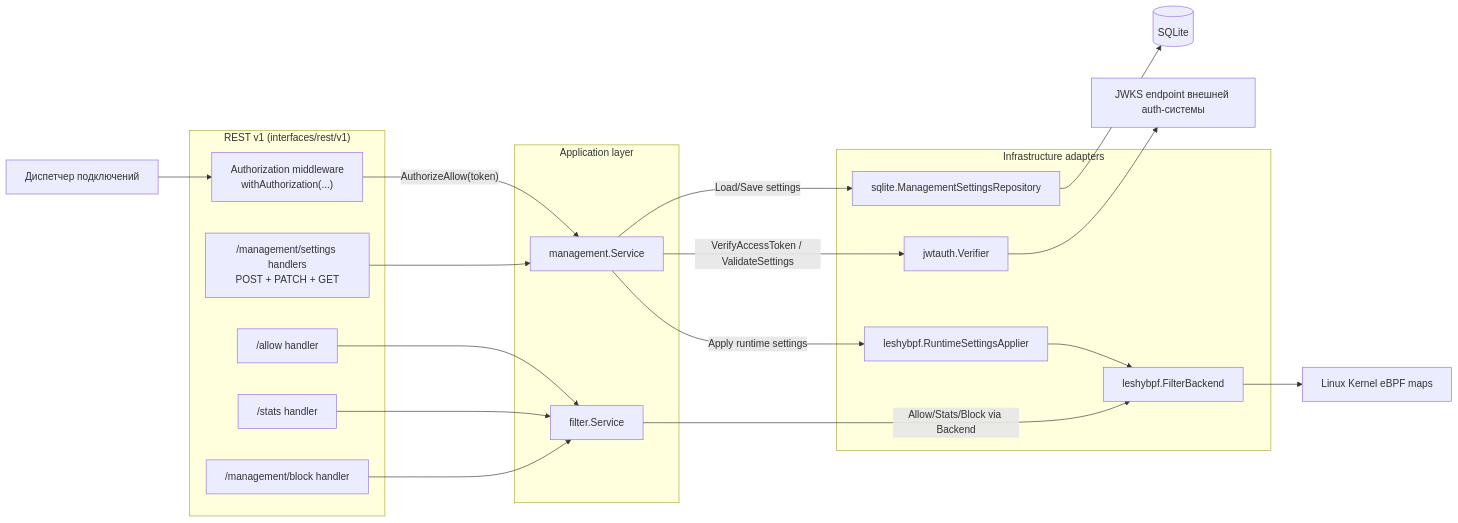
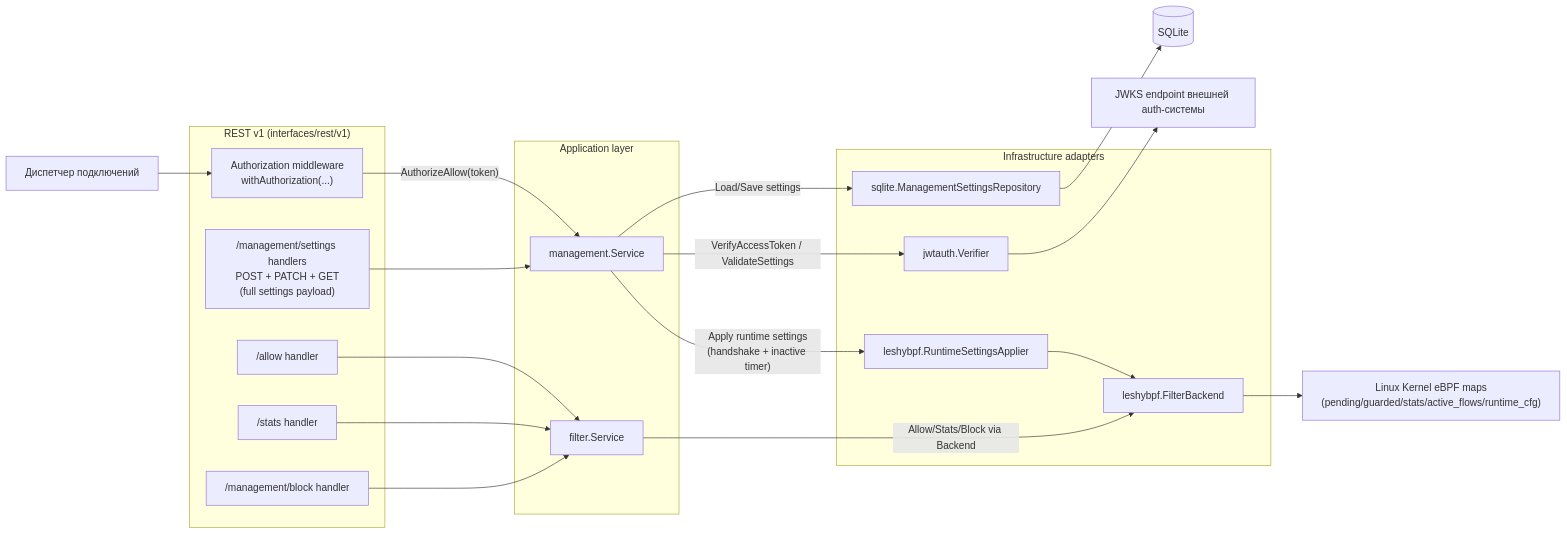
One commit to devalv/leshy-controller changed the third of 3 diagrams in docs/c4.md. Above: the diagram before and after it, drawn with Mermaid. The commit also changed other lines of this file and 30 other files, not shown here.

````diff
--- a/docs/c4.md
+++ b/docs/c4.md
@@ -61,43 +61,43 @@
 ```mermaid
 flowchart LR
     ext["Диспетчер подключений"]
     sqlite[("SQLite")]
     jwks["JWKS endpoint внешней auth-системы"]
-    kernel["Linux Kernel eBPF maps"]
+    kernel["Linux Kernel eBPF maps\n(pending/guarded/stats/active_flows/runtime_cfg)"]
 
     subgraph rest["REST v1 (interfaces/rest/v1)"]
         mw["Authorization middleware\nwithAuthorization(...)"]
-        hsettings["/management/settings handlers\nPOST + PATCH + GET"]
+        hsettings["/management/settings handlers\nPOST + PATCH + GET\n(full settings payload)"]
         hallow["/allow handler"]
         hstats["/stats handler"]
         hblock["/management/block handler"]
     end
 
     subgraph app["Application layer"]
         mgmt["management.Service"]
         filt["filter.Service"]
     end
 
     subgraph infra["Infrastructure adapters"]
         repo["sqlite.ManagementSettingsRepository"]
         verifier["jwtauth.Verifier"]
         applier["leshybpf.RuntimeSettingsApplier"]
         backend["leshybpf.FilterBackend"]
     end
 
     ext --> mw
     mw -->|"AuthorizeAllow(token)"| mgmt
     hsettings --> mgmt
     hallow --> filt
     hstats --> filt
     hblock --> filt
 
     mgmt -->|"Load/Save settings"| repo
     repo --> sqlite
     mgmt -->|"VerifyAccessToken / ValidateSettings"| verifier
     verifier --> jwks
-    mgmt -->|"Apply runtime settings"| applier
+    mgmt -->|"Apply runtime settings\n(handshake + inactive timer)"| applier
     applier --> backend
     backend --> kernel
     filt -->|"Allow/Stats/Block via Backend"| backend
 ```
````
